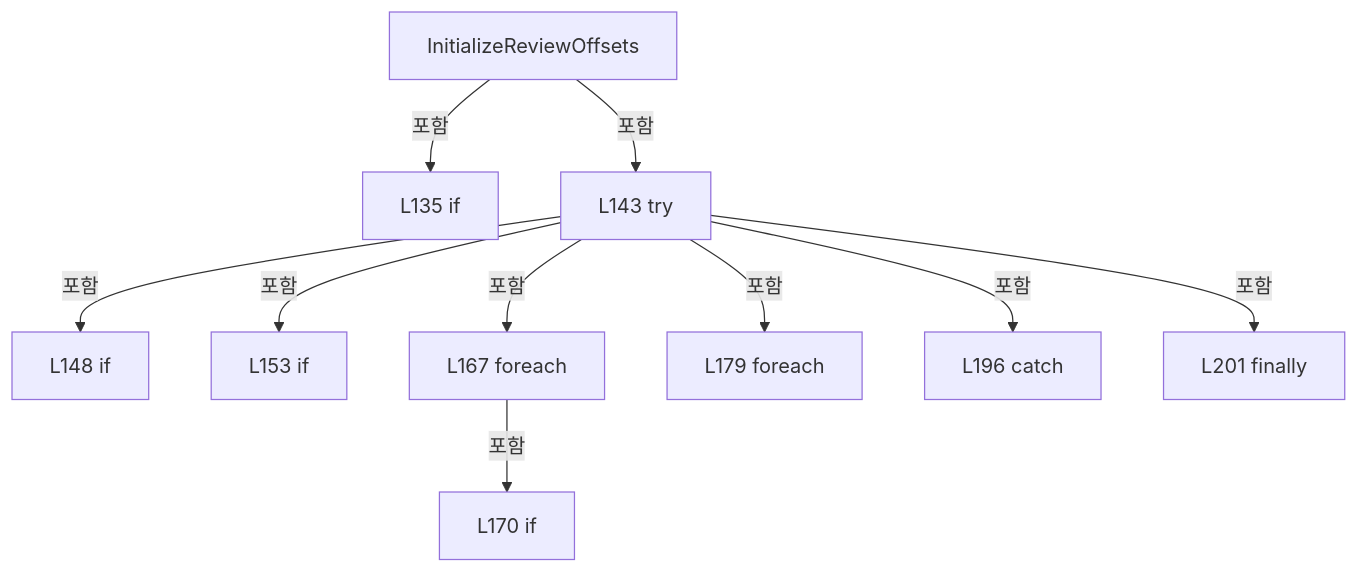
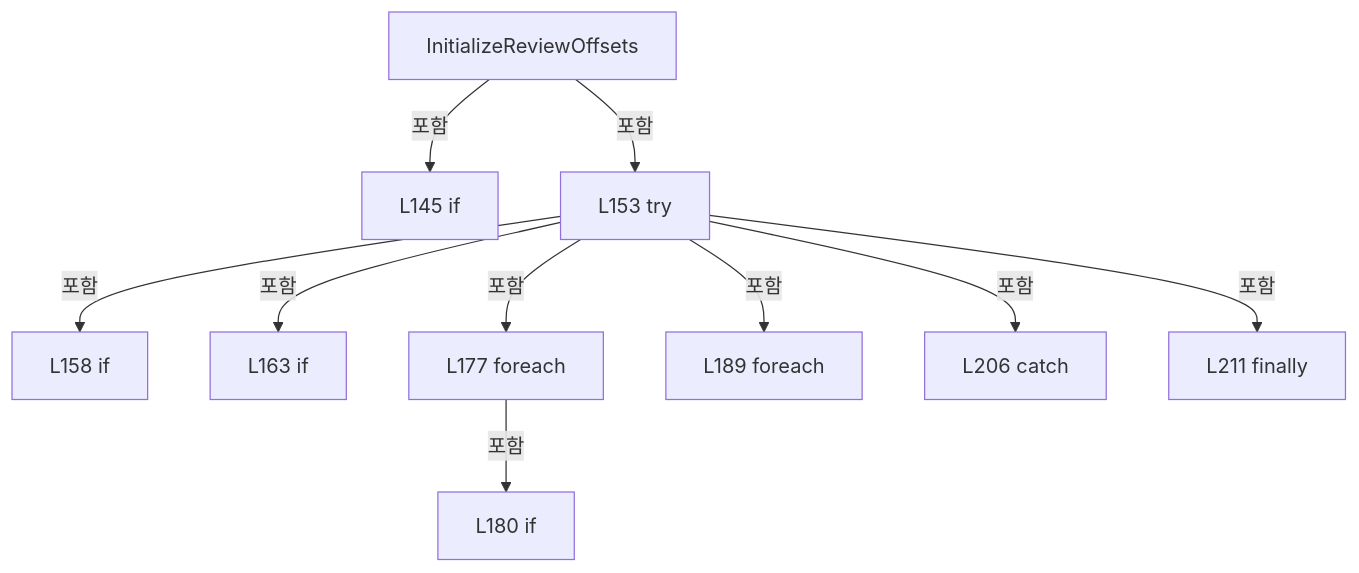
Before and after one commit to kjuws10-rgb/Shared: the third of 18 diagrams in A3 LD Code Ref/files/Drilling.UI/Menu/Menus/CMenuCorrection.ReviewData.Offset.cs.md, drawn with Mermaid. The commit also changed other lines of this file and 2071 other files, not shown here.

Commit message:
docs(a3): update 11.19.0 architecture and code reference

````diff
--- a/A3 LD Code Ref/files/Drilling.UI/Menu/Menus/CMenuCorrection.ReviewData.Offset.cs.md
+++ b/A3 LD Code Ref/files/Drilling.UI/Menu/Menus/CMenuCorrection.ReviewData.Offset.cs.md
@@ -652,22 +656,22 @@
 ```mermaid
 flowchart TD
  M["InitializeReviewOffsets"]
- N0["L135 if"]
+ N0["L145 if"]
  M -->|포함| N0
- N1["L143 try"]
+ N1["L153 try"]
  M -->|포함| N1
- N2["L148 if"]
+ N2["L158 if"]
  N1 -->|포함| N2
- N3["L153 if"]
+ N3["L163 if"]
  N1 -->|포함| N3
- N4["L167 foreach"]
+ N4["L177 foreach"]
  N1 -->|포함| N4
- N5["L170 if"]
+ N5["L180 if"]
  N4 -->|포함| N5
- N6["L179 foreach"]
+ N6["L189 foreach"]
  N1 -->|포함| N6
- N7["L196 catch"]
+ N7["L206 catch"]
  N1 -->|포함| N7
- N8["L201 finally"]
+ N8["L211 finally"]
  N1 -->|포함| N8
 ```
````
